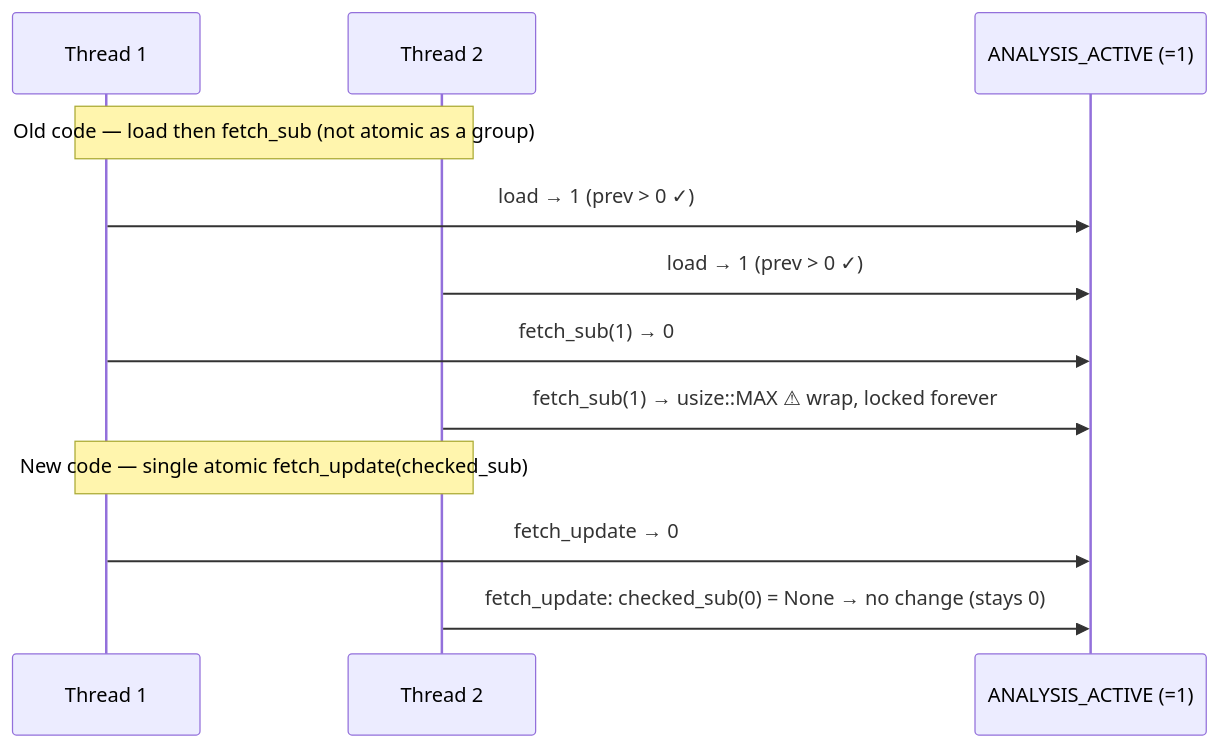
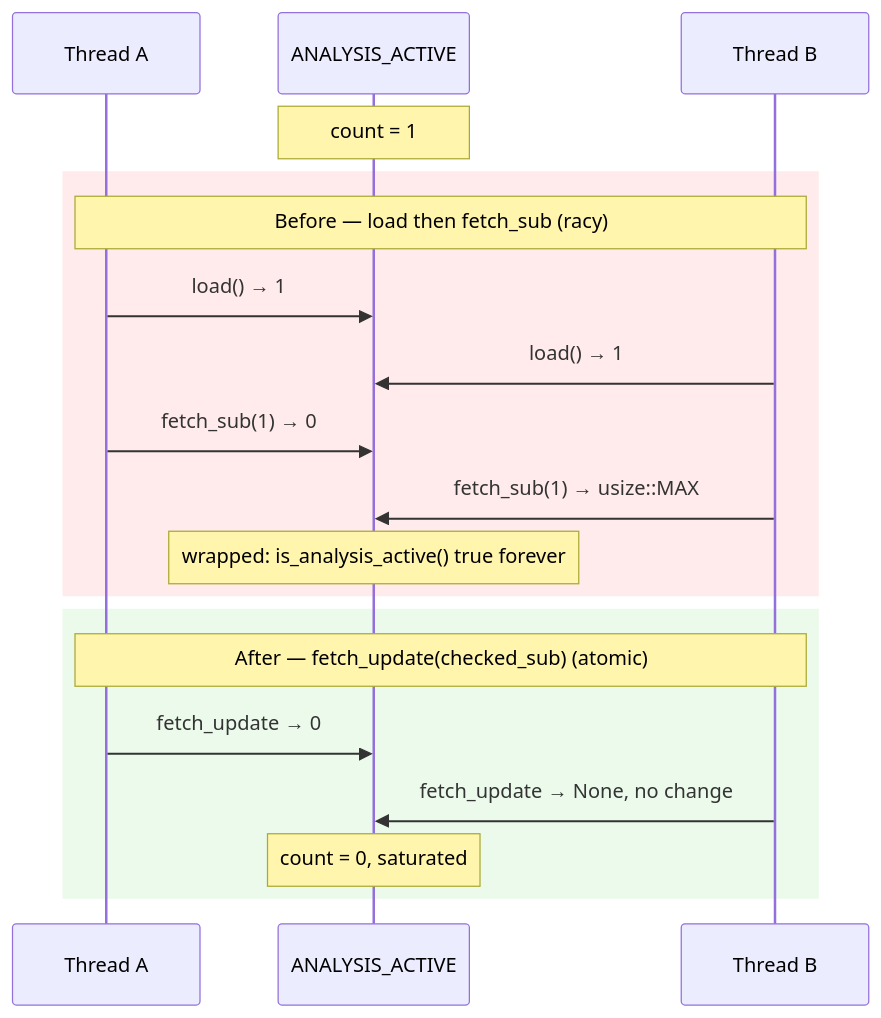
The diagram in docs/archive/pr-summaries/pr-summary-1752.md (stSoftwareAU/NEAT-AI-Discovery), drawn with Mermaid before and after one commit. The commit also changed other lines of this file, not shown here.

````diff
--- a/docs/archive/pr-summaries/pr-summary-1752.md
+++ b/docs/archive/pr-summaries/pr-summary-1752.md
@@ -35,14 +20,21 @@
 ```mermaid
 sequenceDiagram
-    participant T1 as Thread 1
-    participant T2 as Thread 2
-    participant C as ANALYSIS_ACTIVE (=1)
-    Note over T1,T2: Old code — load then fetch_sub (not atomic as a group)
-    T1->>C: load → 1 (prev > 0 ✓)
-    T2->>C: load → 1 (prev > 0 ✓)
-    T1->>C: fetch_sub(1) → 0
-    T2->>C: fetch_sub(1) → usize::MAX  ⚠ wrap, locked forever
-    Note over T1,T2: New code — single atomic fetch_update(checked_sub)
-    T1->>C: fetch_update → 0
-    T2->>C: fetch_update: checked_sub(0) = None → no change (stays 0)
+    participant A as Thread A
+    participant C as ANALYSIS_ACTIVE
+    participant B as Thread B
+    Note over C: count = 1
+    rect rgb(255, 235, 235)
+        Note over A,B: Before — load then fetch_sub (racy)
+        A->>C: load() → 1
+        B->>C: load() → 1
+        A->>C: fetch_sub(1) → 0
+        B->>C: fetch_sub(1) → usize::MAX
+        Note over C: wrapped: is_analysis_active() true forever
+    end
+    rect rgb(235, 250, 235)
+        Note over A,B: After — fetch_update(checked_sub) (atomic)
+        A->>C: fetch_update → 0
+        B->>C: fetch_update → None, no change
+        Note over C: count = 0, saturated
+    end
 ```
````
